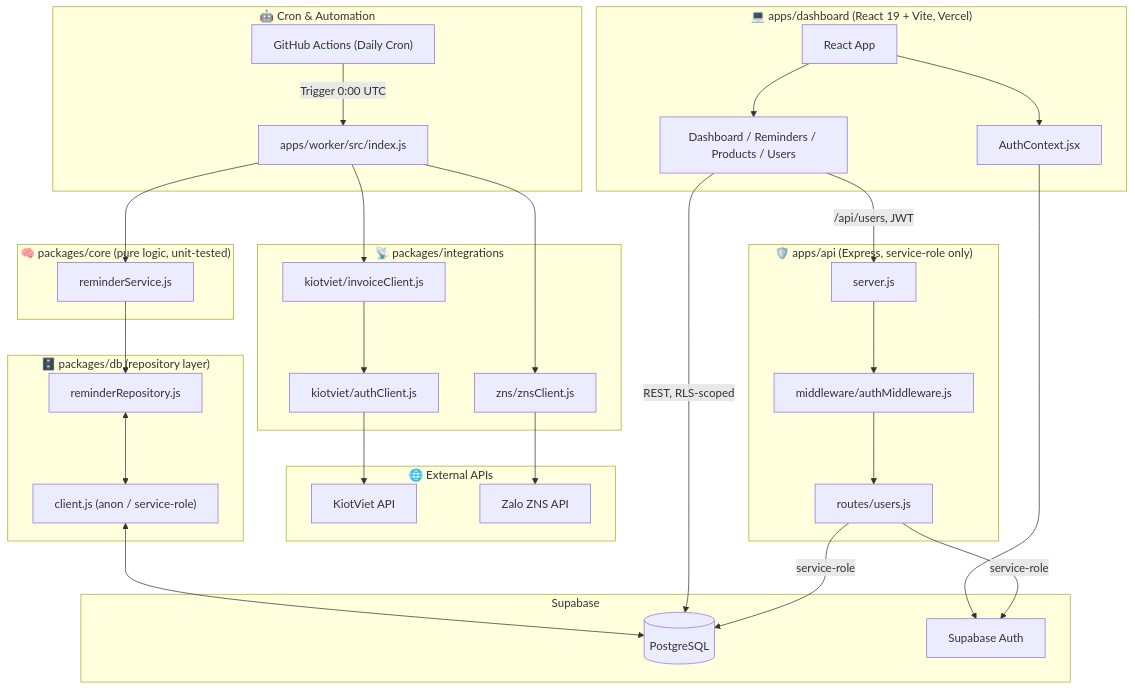
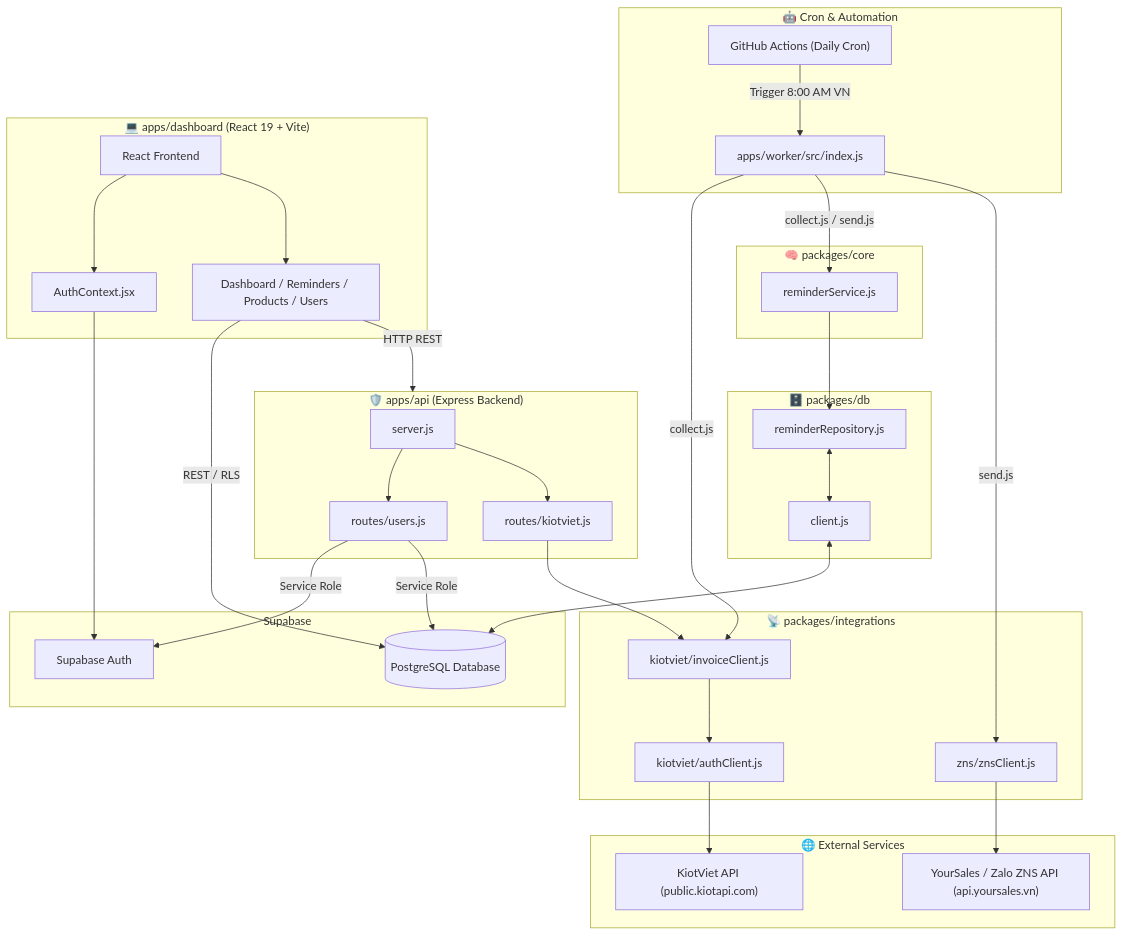
The diagram in ARCHITECTURE.md (trongdat232003/ldt-zns), drawn with Mermaid before and after one commit. The commit also changed other lines of this file and 5 other files, not shown here.

Commit message:
fix: update Express server for cPanel Node 24 compatibility & static dashboard serving

````diff
--- a/ARCHITECTURE.md
+++ b/ARCHITECTURE.md
@@ -60,57 +64,57 @@
 ```mermaid
 flowchart TD
-    subgraph Schedulers ["🤖 Cron & Automation"]
+    subgraph Cron ["🤖 Cron & Automation"]
         GHA["GitHub Actions (Daily Cron)"]
         Worker["apps/worker/src/index.js"]
-        GHA -->|Trigger 0:00 UTC| Worker
+        GHA -->|Trigger 8:00 AM VN| Worker
     end
 
-    subgraph External ["🌐 External APIs"]
-        KV["KiotViet API"]
-        ZNS["Zalo ZNS API"]
+    subgraph External ["🌐 External Services"]
+        KV["KiotViet API (public.kiotapi.com)"]
+        ZNS["YourSales / Zalo ZNS API (api.yoursales.vn)"]
     end
 
     subgraph Integrations ["📡 packages/integrations"]
         KAuth["kiotviet/authClient.js"]
         KInv["kiotviet/invoiceClient.js"]
         ZClient["zns/znsClient.js"]
     end
 
-    subgraph Core ["🧠 packages/core (pure logic, unit-tested)"]
+    subgraph Core ["🧠 packages/core"]
         RSvc["reminderService.js"]
     end
 
-    subgraph DB ["🗄️ packages/db (repository layer)"]
+    subgraph DB ["🗄️ packages/db"]
         Repo["reminderRepository.js"]
-        Client["client.js (anon / service-role)"]
+        Client["client.js"]
     end
 
     subgraph DataStore ["Supabase"]
-        SupaDB[("PostgreSQL")]
+        SupaDB[("PostgreSQL Database")]
         SupaAuth["Supabase Auth"]
     end
 
-    Worker --> KInv --> KAuth --> KV
-    Worker --> RSvc --> Repo
-    Worker --> ZClient --> ZNS
+    Worker -->|collect.js| KInv --> KAuth --> KV
+    Worker -->|collect.js / send.js| RSvc --> Repo
+    Worker -->|send.js| ZClient --> ZNS
     Repo <--> Client <--> SupaDB
 
-    subgraph WebDashboard ["💻 apps/dashboard (React 19 + Vite, Vercel)"]
-        ReactApp["React App"]
+    subgraph Frontend ["💻 apps/dashboard (React 19 + Vite)"]
+        ReactApp["React Frontend"]
         AuthCtx["AuthContext.jsx"]
         Pages["Dashboard / Reminders / Products / Users"]
         ReactApp --> AuthCtx --> SupaAuth
-        ReactApp --> Pages -->|REST, RLS-scoped| SupaDB
+        ReactApp --> Pages -->|REST / RLS| SupaDB
     end
 
-    subgraph AdminAPI ["🛡️ apps/api (Express, service-role only)"]
+    subgraph BackendAPI ["🛡️ apps/api (Express Backend)"]
         Server["server.js"]
-        AuthMW["middleware/authMiddleware.js"]
         UsersRoute["routes/users.js"]
-        Server --> AuthMW --> UsersRoute
-        UsersRoute -->|service-role| SupaAuth
-        UsersRoute -->|service-role| SupaDB
+        KiotRoute["routes/kiotviet.js"]
+        Server --> UsersRoute & KiotRoute
+        UsersRoute -->|Service Role| SupaAuth & SupaDB
+        KiotRoute --> KInv
     end
 
-    Pages -->|/api/users, JWT| Server
+    Pages -->|HTTP REST| BackendAPI
 ```
````
